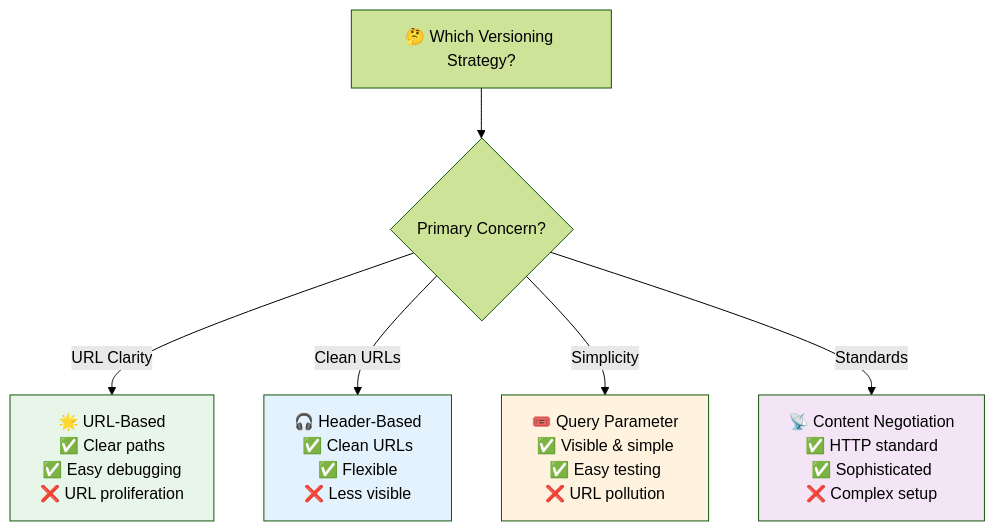
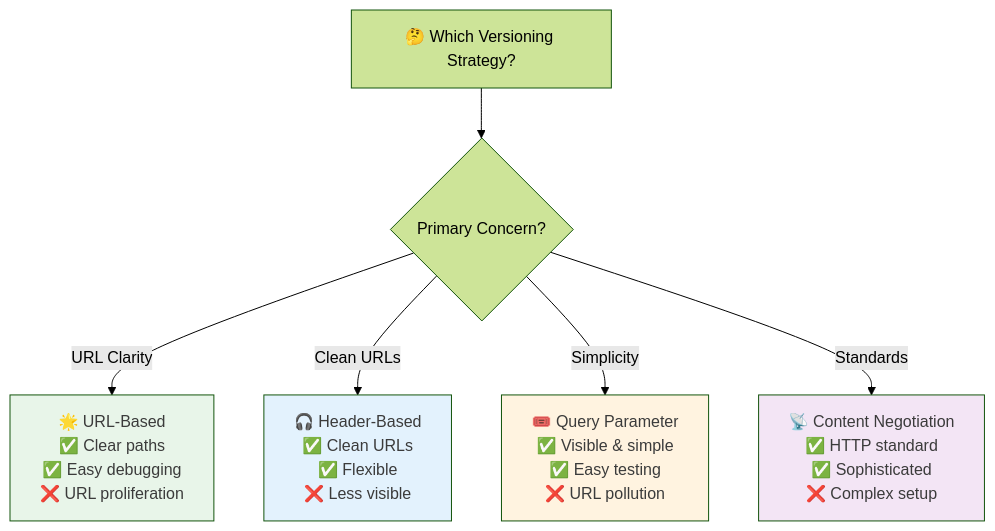
One commit to ridwanspace/restful-fastapi-guideline changed the fifth of 5 diagrams in app/docs/02_foundation/07-api-versioning/page.mdx. Above: the diagram before and after it, drawn with Mermaid (forest theme). The commit also changed other lines of this file and 8 other files, not shown here.

First line of the commit message:
📝 docs(docs): enhance graph diagrams in foundation docs

````diff
--- a/app/docs/02_foundation/07-api-versioning/page.mdx
+++ b/app/docs/02_foundation/07-api-versioning/page.mdx
@@ -1348,14 +1348,14 @@
 ```mermaid
 graph TD
     A[🤔 Which Versioning Strategy?] --> B{Primary Concern?}
     
     B -->|URL Clarity| C[🌟 URL-Based<br/>✅ Clear paths<br/>✅ Easy debugging<br/>❌ URL proliferation]
     B -->|Clean URLs| D[🎧 Header-Based<br/>✅ Clean URLs<br/>✅ Flexible<br/>❌ Less visible]
     B -->|Simplicity| E[🎟️ Query Parameter<br/>✅ Visible & simple<br/>✅ Easy testing<br/>❌ URL pollution]
     B -->|Standards| F[📡 Content Negotiation<br/>✅ HTTP standard<br/>✅ Sophisticated<br/>❌ Complex setup]
     
-    style C fill:#e8f5e9
-    style D fill:#e3f2fd  
-    style E fill:#fff3e0
-    style F fill:#f3e5f5
+    style C fill:#e8f5e9,color:#3b3b3b
+    style D fill:#e3f2fd,color:#3b3b3b
+    style E fill:#fff3e0,color:#3b3b3b
+    style F fill:#f3e5f5,color:#3b3b3b
 ```
````
